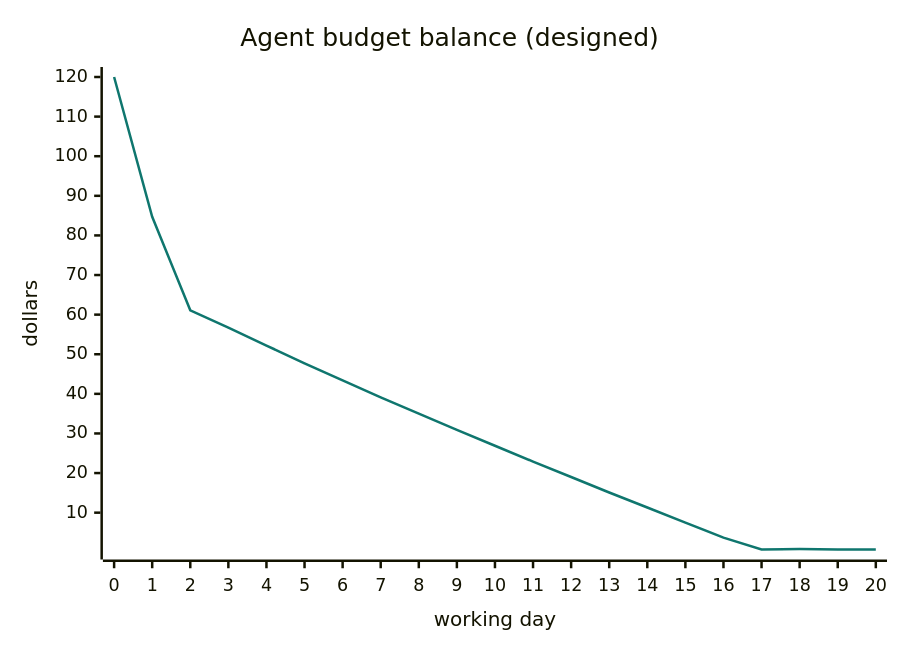
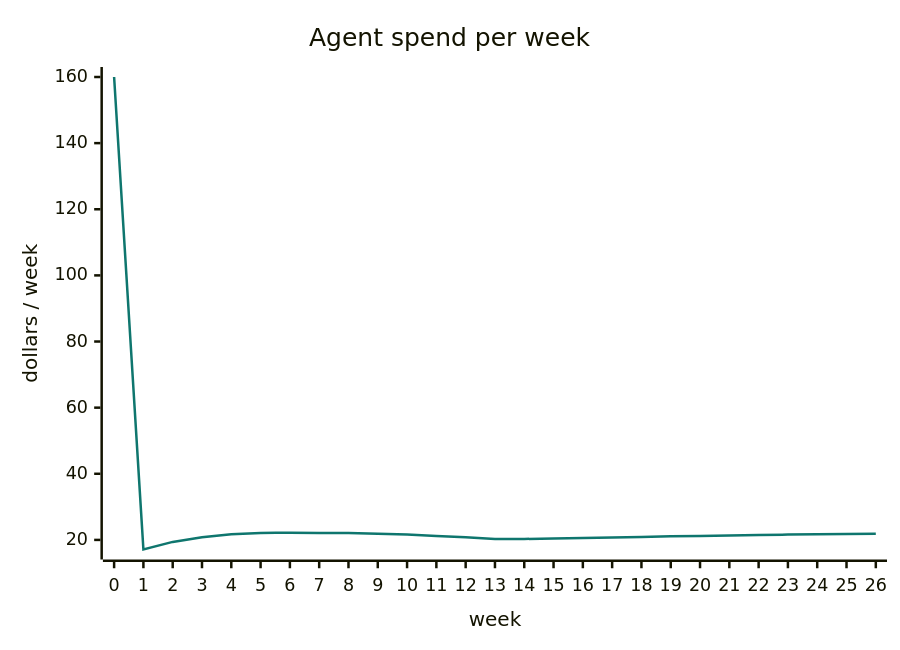
Diagram 18 of 38 in docs/user-story-diagrams.md (danroblewis/orchestra), drawn with Mermaid before and after one commit. The commit also changed other lines of this file and 30 other files, not shown here.

````diff
--- a/docs/user-story-diagrams.md
+++ b/docs/user-story-diagrams.md
@@ -580,13 +648,13 @@
 ```mermaid
 ---
 config:
   themeVariables:
     xyChart:
       plotColorPalette: "#0f766e"
 ---
 xychart-beta
-  title "Agent budget balance (designed)"
-  x-axis "working day" [0, 1, 2, 3, 4, 5, 6, 7, 8, 9, 10, 11, 12, 13, 14, 15, 16, 17, 18, 19, 20]
-  y-axis "dollars"
-  line [120, 84.7, 61.1, 56.7, 52.2, 47.7, 43.4, 39.1, 35.0, 30.9, 26.9, 22.9, 19.0, 15.1, 11.3, 7.5, 3.7, 0.7, 0.8, 0.7, 0.7]
+  title "Agent spend per week"
+  x-axis "week" [0, 1, 2, 3, 4, 5, 6, 7, 8, 9, 10, 11, 12, 13, 14, 15, 16, 17, 18, 19, 20, 21, 22, 23, 24, 25, 26]
+  y-axis "dollars / week"
+  line [160, 17.1, 19.4, 20.8, 21.7, 22.1, 22.2, 22.1, 22.1, 21.9, 21.6, 21.2, 20.8, 20.3, 20.3, 20.4, 20.6, 20.7, 20.9, 21.1, 21.2, 21.3, 21.5, 21.6, 21.7, 21.8, 21.9]
 ```
````
